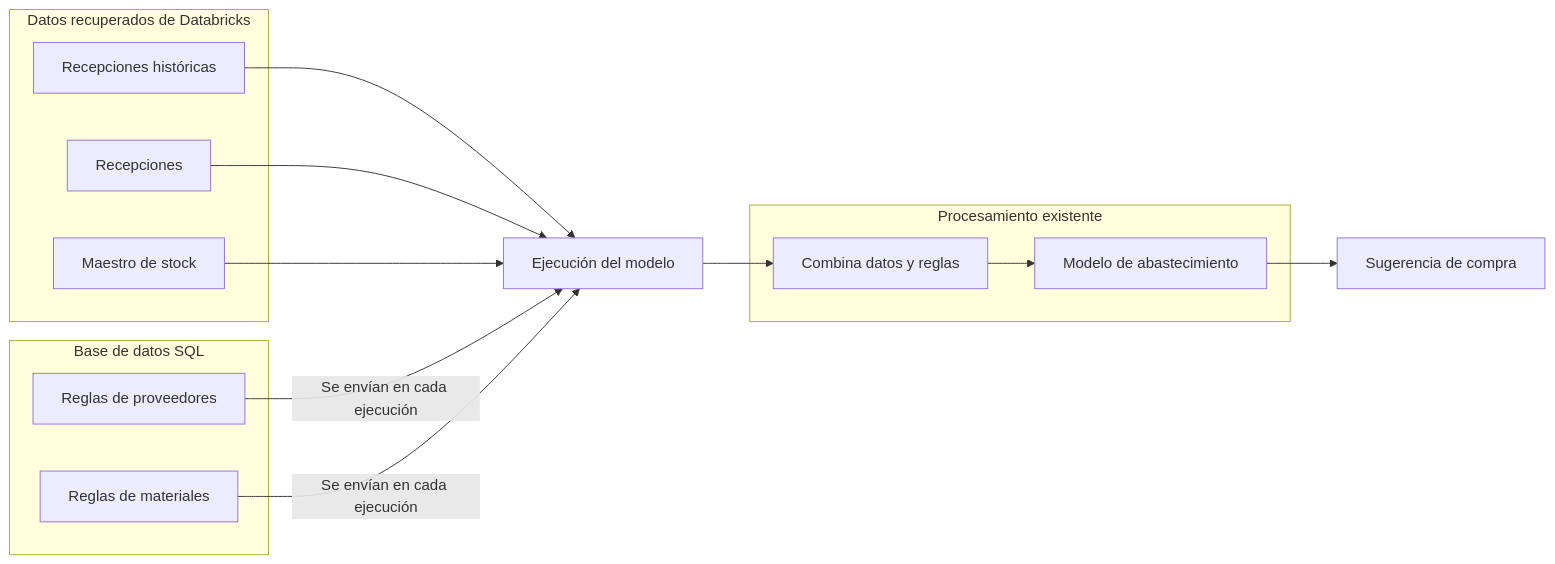
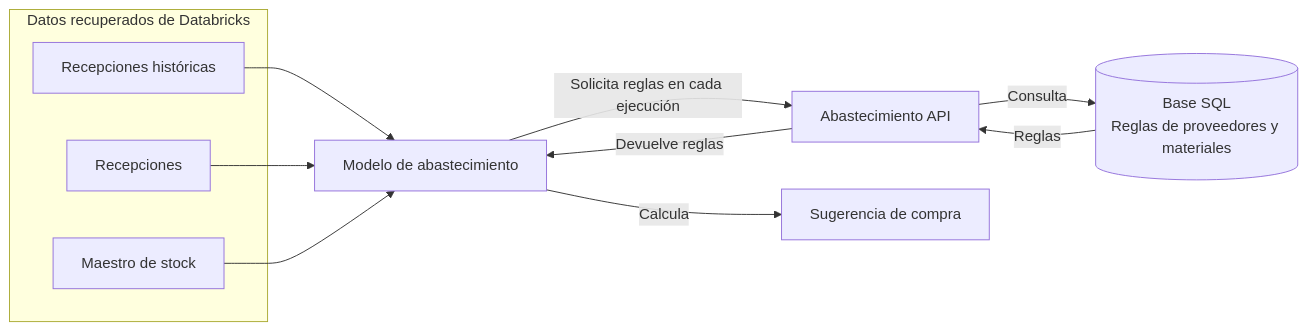
Before and after one commit to eblasiAndreani/workspace-operativo: the second of 3 diagrams in diagrams/abastecimiento-actual.md, drawn with Mermaid. The commit also changed other lines of this file and 2 other files, not shown here.

Commit message:
Clarify Abastecimiento API in proposed flow

````diff
--- a/diagrams/abastecimiento-actual.md
+++ b/diagrams/abastecimiento-actual.md
@@ -44,27 +44,21 @@
 ```mermaid
 flowchart LR
     subgraph DATABRICKS[Datos recuperados de Databricks]
         RH[Recepciones históricas]
         RE[Recepciones]
         ST[Maestro de stock]
     end
-    subgraph SQL[Base de datos SQL]
-        RP[Reglas de proveedores]
-        RM[Reglas de materiales]
-    end
-    EJ[Ejecución del modelo]
-    subgraph PROCESO[Procesamiento existente]
-        NB[Combina datos y reglas]
-        MOD[Modelo de abastecimiento]
-        NB --> MOD
-    end
+    MOD[Modelo de abastecimiento]
+    ABA[Abastecimiento API]
+    SQL[(Base SQL\nReglas de proveedores y materiales)]
     SUG[Sugerencia de compra]
 
-    RH --> EJ
-    RE --> EJ
-    ST --> EJ
-    RP -->|Se envían en cada ejecución| EJ
-    RM -->|Se envían en cada ejecución| EJ
-    EJ --> NB
-    MOD --> SUG
+    RH --> MOD
+    RE --> MOD
+    ST --> MOD
+    MOD -->|Solicita reglas en cada ejecución| ABA
+    ABA -->|Consulta| SQL
+    SQL -->|Reglas| ABA
+    ABA -->|Devuelve reglas| MOD
+    MOD -->|Calcula| SUG
 ```
````
